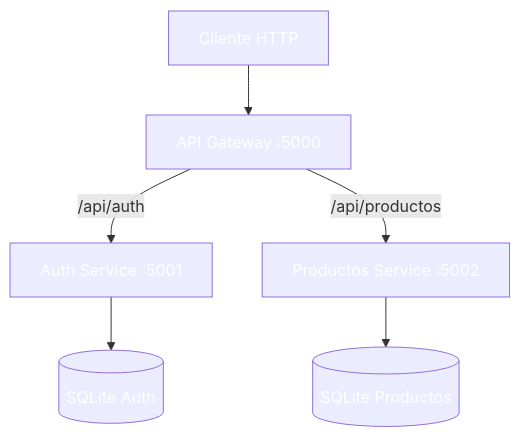
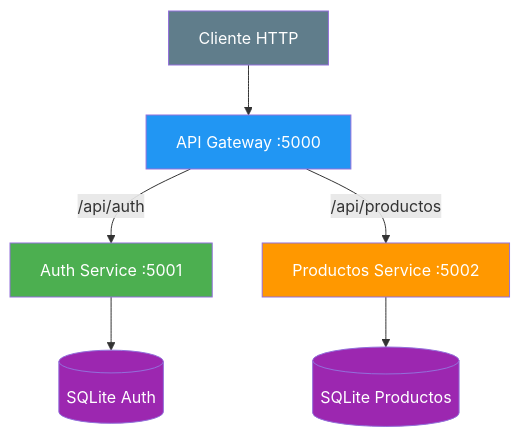
The sixth of 10 diagrams in 31-api-gateway.md (joseluisgs/DesarrolloWebEntornosServidor-02-2026-2027), drawn with Mermaid before and after one commit. The commit also changed other lines of this file and 29 other files, not shown here.

Commit message:
docs: corregir estilos Mermaid y estilo, quitar referencias a la Tienda y reestructurar los retos 13 y 15

````diff
--- a/31-api-gateway.md
+++ b/31-api-gateway.md
@@ -397,14 +397,14 @@
 ```mermaid
 graph TD
     CL["Cliente HTTP"] --> GW["API Gateway :5000"]
     GW -->|/api/auth| A["Auth Service :5001"]
     GW -->|/api/productos| P["Productos Service :5002"]
     A --> DB1[("SQLite Auth")]
     P --> DB2[("SQLite Productos")]
-    style CL fill:#607D8,color:#fffB,color:#fff
-    style GW fill:#2196F,color:#fff3,color:#fff
-    style A fill:#4CAF5,color:#fff0,color:#fff
-    style P fill:#FF980,color:#fff0,color:#fff
-    style DB1 fill:#9C27B,color:#fff0,color:#fff
-    style DB2 fill:#9C27B,color:#fff0,color:#fff
+    style CL fill:#607D8B,color:#fff
+    style GW fill:#2196F3,color:#fff
+    style A fill:#4CAF50,color:#fff
+    style P fill:#FF9800,color:#fff
+    style DB1 fill:#9C27B0,color:#fff
+    style DB2 fill:#9C27B0,color:#fff
 ```
````
